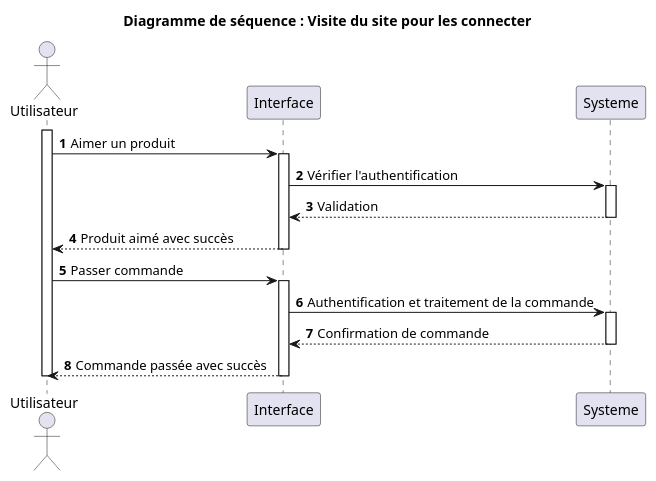
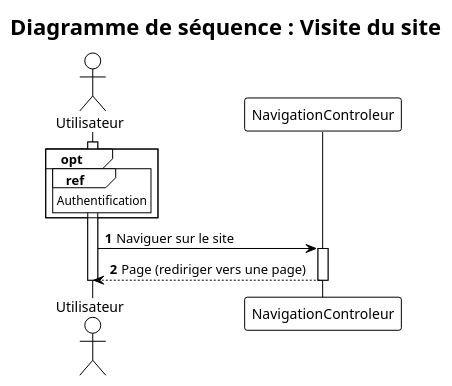
The diagram in SequenceV2/SiteVisite.puml (MehediT/BoutiqueLigneAudiovisuels), drawn with PlantUML before and after one commit. The commit also changed 7 other files, not shown here.

```diff
--- a/SequenceV2/SiteVisite.puml
+++ b/SequenceV2/SiteVisite.puml
@@ -1,31 +1,17 @@
 @startuml
-actor Utilisateur as User
-
+!theme plain
 autonumber
 
-title Diagramme de séquence : Visite du site pour les connecter
+actor Utilisateur as User
+title Diagramme de séquence : Visite du site
+
+opt
+    ref over User : Authentification
+end
 activate User
-
-User -> Interface : Aimer un produit
-activate Interface
-Interface -> Systeme : Vérifier l'authentification
-
-activate Systeme
-Systeme --> Interface : Validation
-deactivate Systeme
-
-Interface --> User : Produit aimé avec succès
-deactivate Interface
-
-User -> Interface : Passer commande
-activate Interface
-Interface -> Systeme : Authentification et traitement de la commande
-activate Systeme
-
-Systeme --> Interface : Confirmation de commande
-deactivate Systeme
-
-Interface --> User : Commande passée avec succès
-deactivate Interface
+User -> NavigationControleur : Naviguer sur le site
+activate NavigationControleur
+NavigationControleur --> User : Page (rediriger vers une page)
+deactivate NavigationControleur
 deactivate User
 @enduml
```
